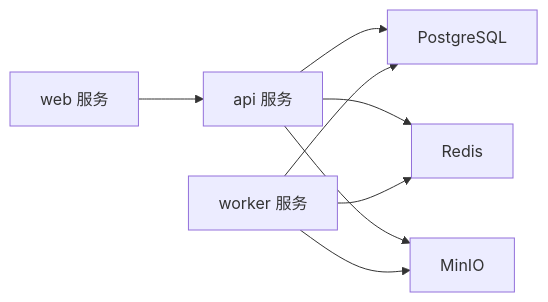
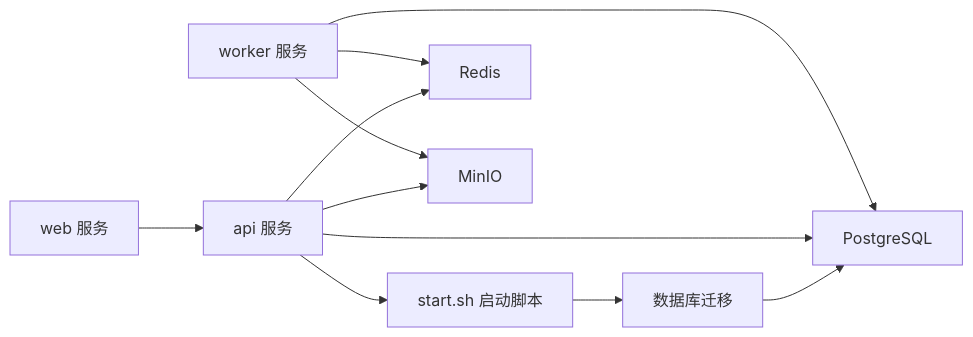
Before and after one commit to selectzhangyuan/AI-photo-coach: the fifth of 5 diagrams in .qoder/repowiki/zh/content/部署和运维/部署脚本和自动化.md, drawn with Mermaid. The commit also changed other lines of this file and 28 other files, not shown here.

````diff
--- a/.qoder/repowiki/zh/content/部署和运维/部署脚本和自动化.md
+++ b/.qoder/repowiki/zh/content/部署和运维/部署脚本和自动化.md
@@ -204,10 +258,13 @@
 ```mermaid
 graph LR
 WEB["web 服务"] --> API["api 服务"]
-API --> PG["PostgreSQL"]
+API --> START["start.sh 启动脚本"]
+START --> MIGRATE["数据库迁移"]
+MIGRATE --> PG["PostgreSQL"]
+API --> PG
 API --> REDIS["Redis"]
 API --> MINIO["MinIO"]
 WORKER["worker 服务"] --> PG
 WORKER --> REDIS
 WORKER --> MINIO
 ```
````
